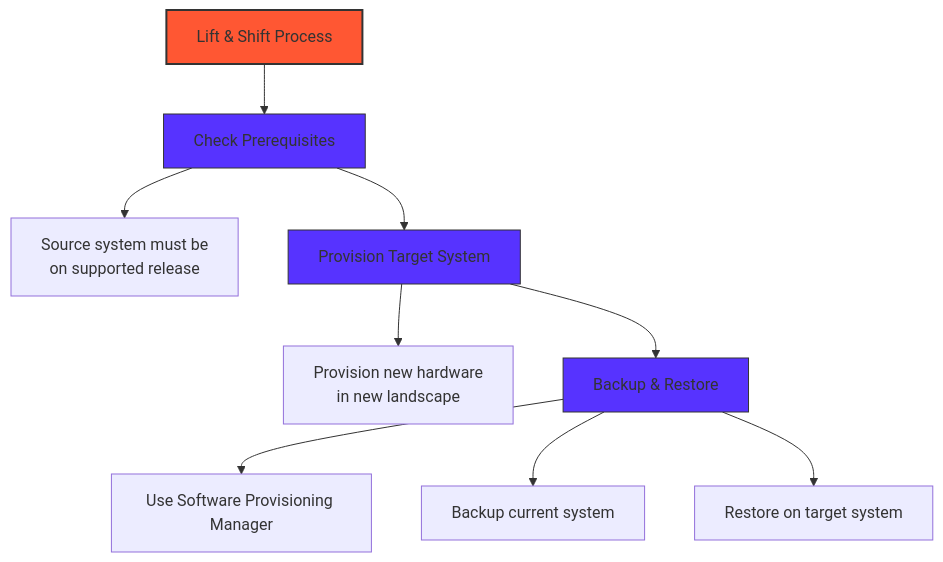
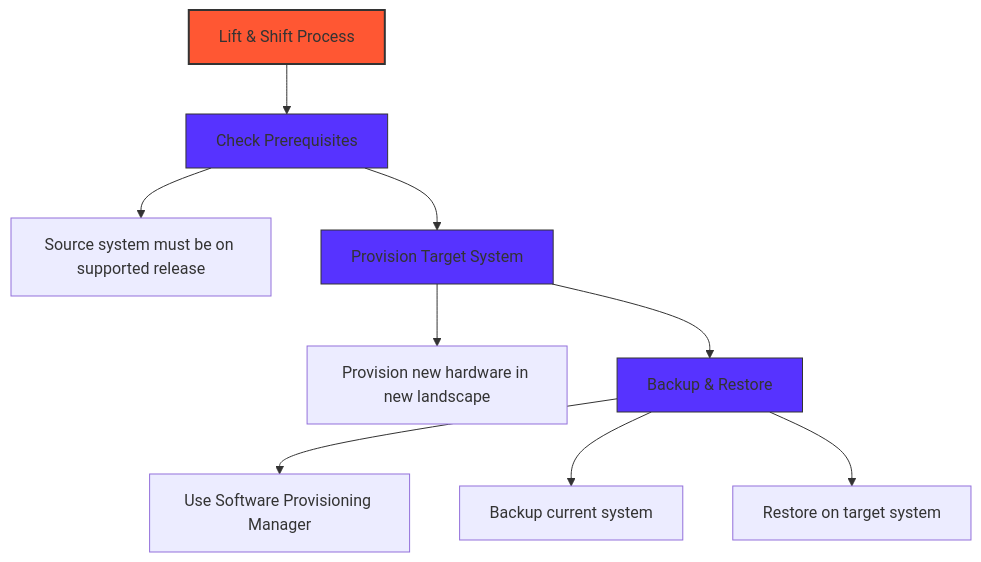
The diagram in lift-shift.md (sapflashcards/S4CPE), drawn with Mermaid before and after one commit.

````diff
--- a/lift-shift.md
+++ b/lift-shift.md
@@ -1,16 +1,16 @@
 ```mermaid
 graph TD
     A[Lift & Shift Process] --> B[Check Prerequisites]
-    B --> B1[Source system must be\non supported release]
+    B --> B1[Source system must be on supported release]
     B --> C[Provision Target System]
-    C --> C1[Provision new hardware\nin new landscape]
+    C --> C1[Provision new hardware in new landscape]
     C --> D[Backup & Restore]
     D --> D1[Use Software Provisioning Manager]
     D --> D2[Backup current system]
     D --> D3[Restore on target system]
     
     style A fill:#FF5733,stroke:#333,stroke-width:2px
     style B fill:#5733FF,stroke:#333
     style C fill:#5733FF,stroke:#333
     style D fill:#5733FF,stroke:#333
 ```
````
